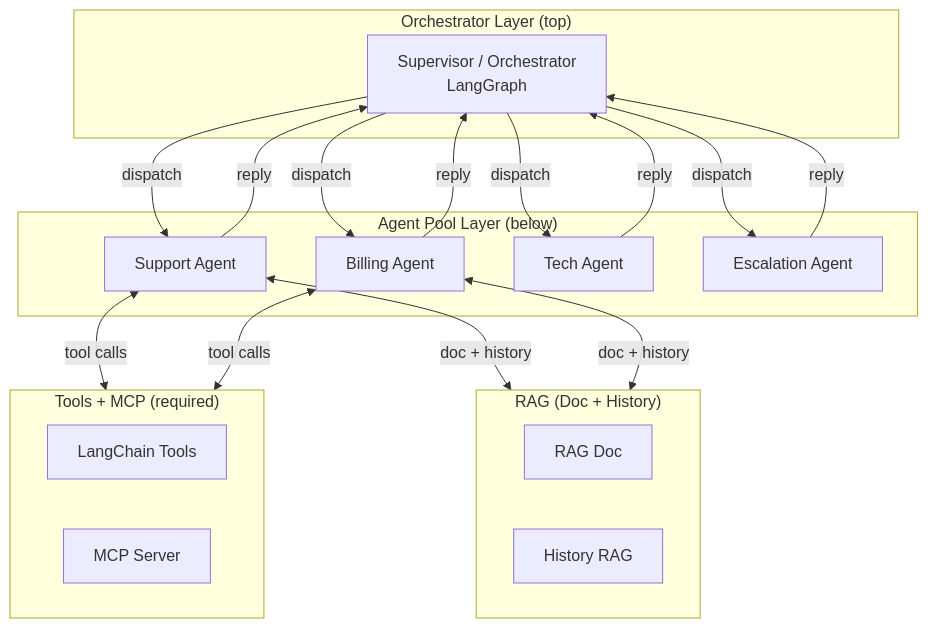
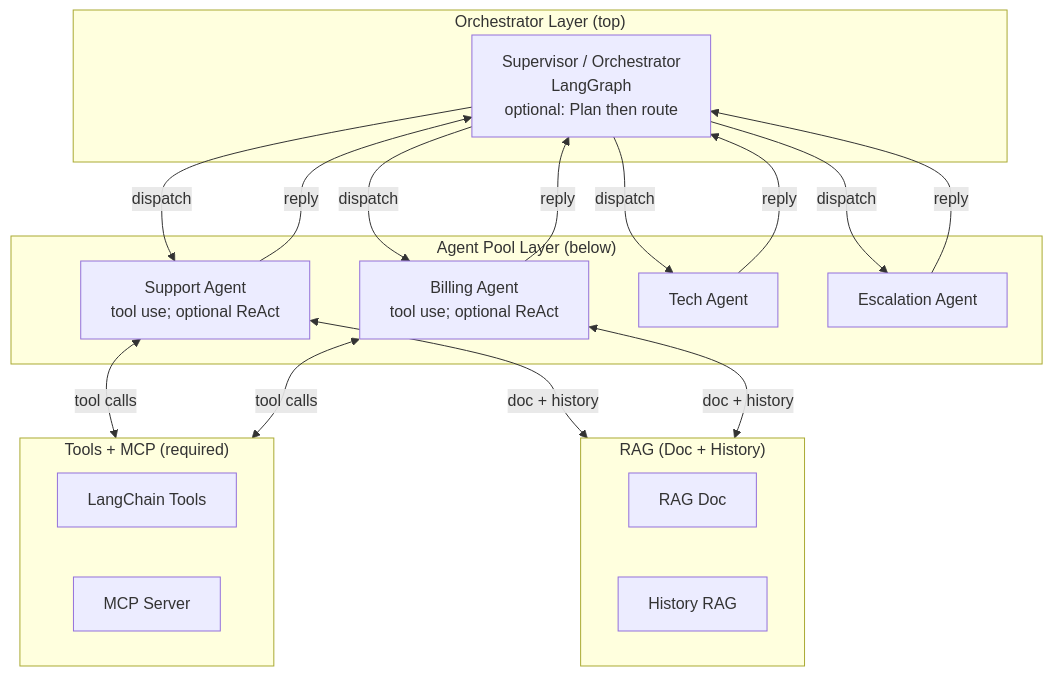
The third of 16 diagrams in Documentation/ARCHITECTURE_DESIGN.md (deepyad/Agentic_Production_Env), drawn with Mermaid before and after one commit. The commit also changed other lines of this file and 16 other files, not shown here.

````diff
--- a/Documentation/ARCHITECTURE_DESIGN.md
+++ b/Documentation/ARCHITECTURE_DESIGN.md
@@ -78,36 +78,36 @@
 ```mermaid
 flowchart TB
     subgraph Top["Orchestrator Layer (top)"]
-        SUP[Supervisor / Orchestrator<br/>LangGraph]
+        SUP[Supervisor / Orchestrator<br/>LangGraph<br/>optional: Plan then route]
     end
 
     subgraph Bottom["Agent Pool Layer (below)"]
-        SP[Support Agent]
-        BP[Billing Agent]
+        SP[Support Agent<br/>tool use; optional ReAct]
+        BP[Billing Agent<br/>tool use; optional ReAct]
         TP[Tech Agent]
         EP[Escalation Agent]
     end
 
     subgraph RAGLayer["RAG (Doc + History)"]
         DOC[RAG Doc]
         HIST[History RAG]
     end
 
     subgraph ToolsLayer["Tools + MCP (required)"]
         TOOLS[LangChain Tools]
         MCP[MCP Server]
     end
 
     SUP -->|"dispatch"| SP
     SUP -->|"dispatch"| BP
     SUP -->|"dispatch"| TP
     SUP -->|"dispatch"| EP
     SP -->|"reply"| SUP
     BP -->|"reply"| SUP
     TP -->|"reply"| SUP
     EP -->|"reply"| SUP
     SP <-->|"tool calls"| ToolsLayer
     SP <-->|"doc + history"| RAGLayer
     BP <-->|"tool calls"| ToolsLayer
     BP <-->|"doc + history"| RAGLayer
 ```
````
